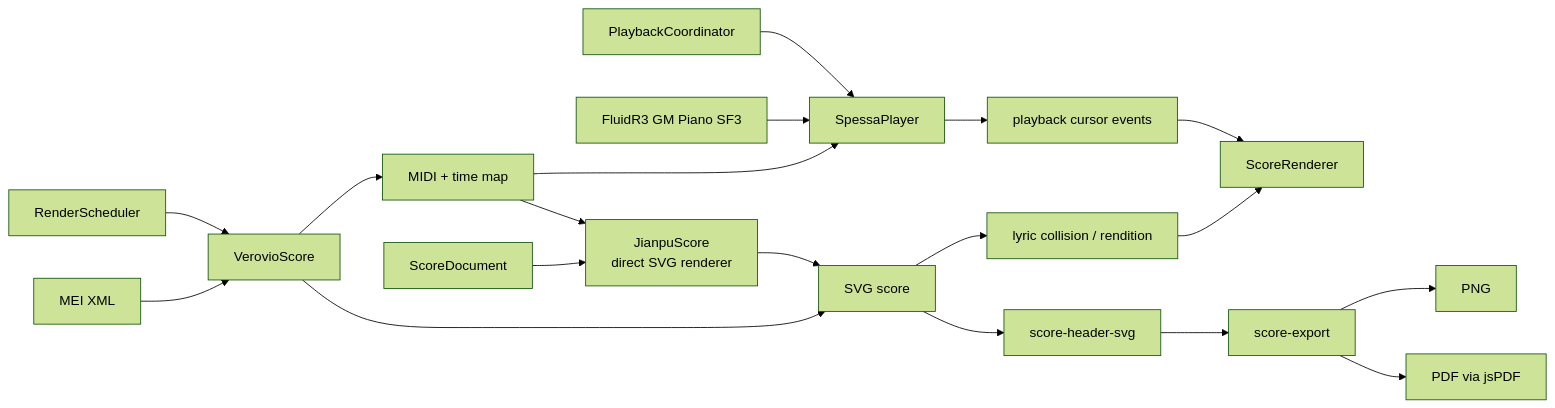
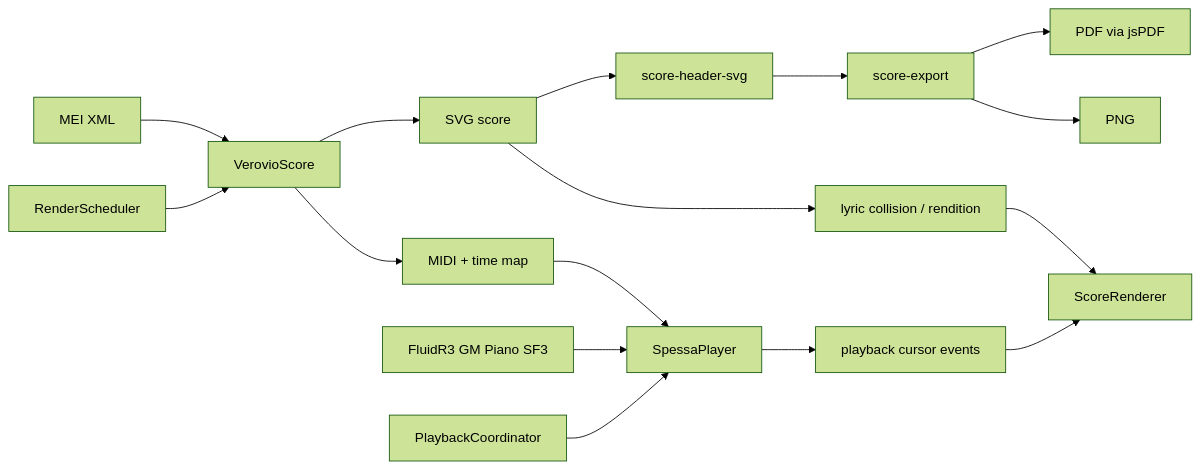
One commit to huazhechen/m3n changed the fourth of 5 diagrams in docs/CODEGRAPH.md. Above: the diagram before and after it, drawn with Mermaid (forest theme). The commit also changed other lines of this file and 20 other files, not shown here.

````diff
--- a/docs/CODEGRAPH.md
+++ b/docs/CODEGRAPH.md
@@ -119,21 +117,18 @@
 ```mermaid
 flowchart LR
   mei["MEI XML"] --> verovio["VerovioScore"]
-  score["ScoreDocument"] --> jianpu["JianpuScore<br/>direct SVG renderer"]
   scheduler["RenderScheduler"] --> verovio
   verovio --> svg["SVG score"]
   verovio --> midi["MIDI + time map"]
-  midi --> jianpu
-  jianpu --> svg
   midi --> player["SpessaPlayer"]
   soundfont["FluidR3 GM Piano SF3"] --> player
   coordinator["PlaybackCoordinator"] --> player
   player --> cursor["playback cursor events"]
   svg --> collisions["lyric collision / rendition"]
   collisions --> screen["ScoreRenderer"]
   cursor --> screen
   svg --> header["score-header-svg"]
   header --> exporter["score-export"]
   exporter --> png["PNG"]
   exporter --> pdf["PDF via jsPDF"]
 ```
````
